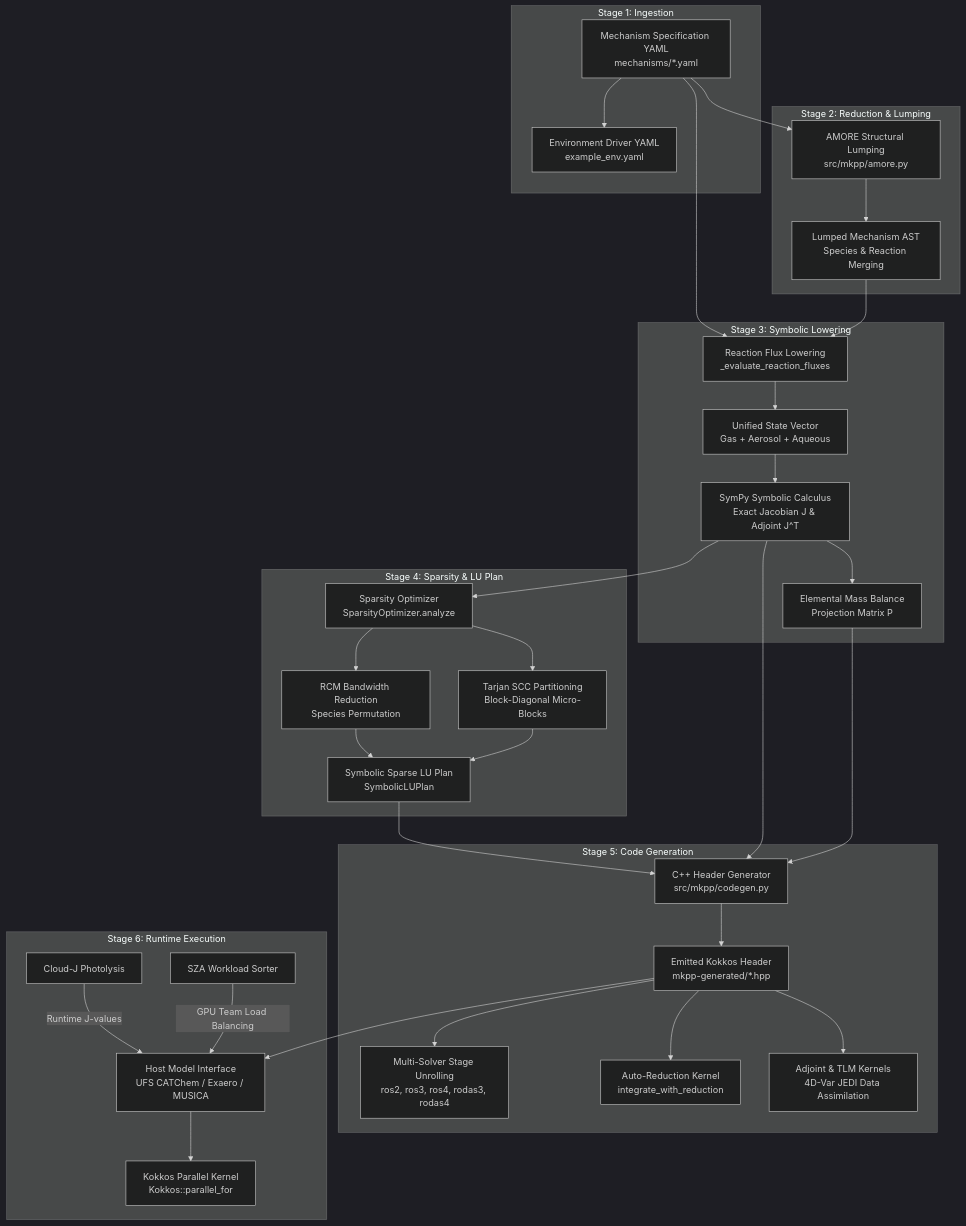
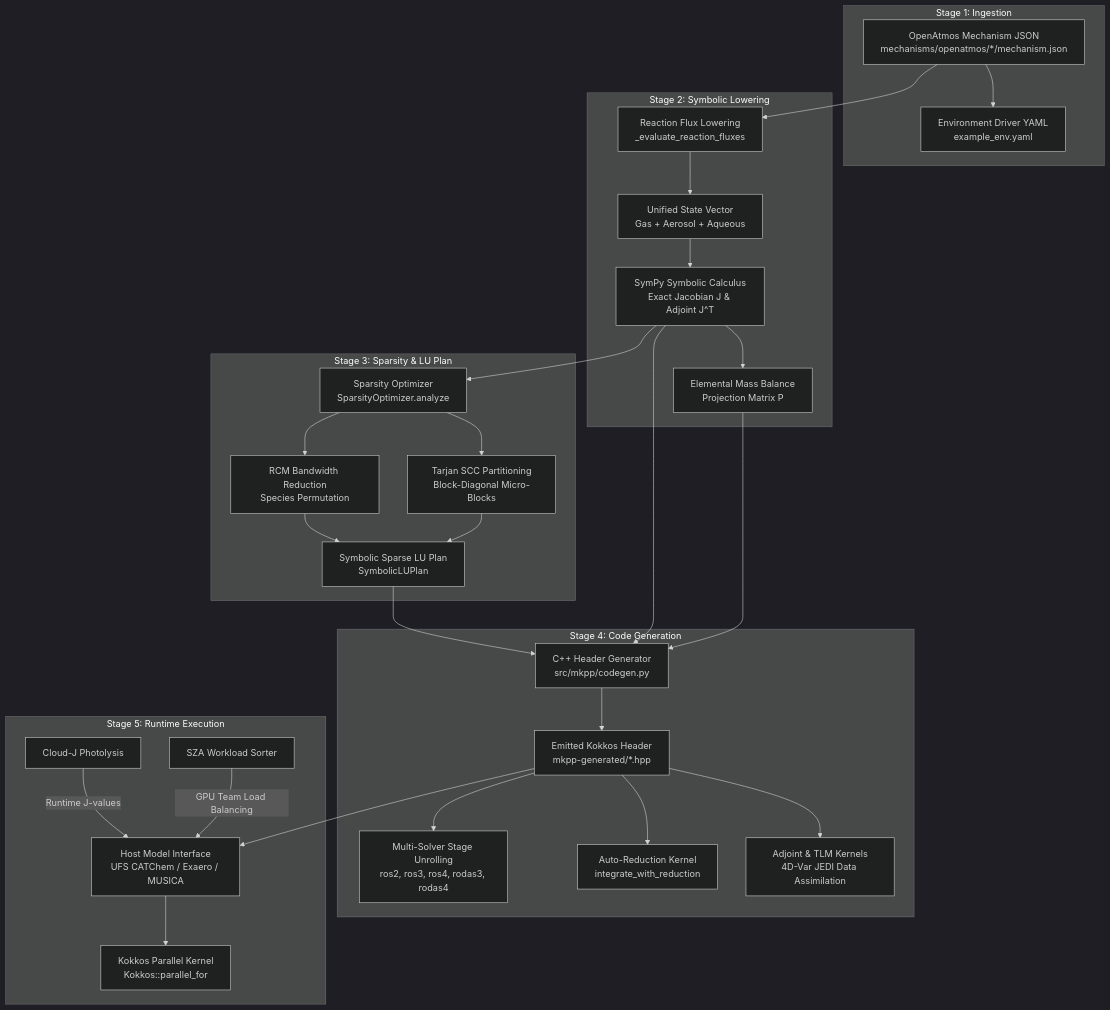
Before and after one commit to bbakernoaa/MKPP: the diagram in docs/explanation/mkpp-end-to-end-architecture.md, drawn with Mermaid (dark theme). The commit also changed other lines of this file and 340 other files, not shown here.

````diff
--- a/docs/explanation/mkpp-end-to-end-architecture.md
+++ b/docs/explanation/mkpp-end-to-end-architecture.md
@@ -24,40 +24,35 @@
 ```mermaid
 flowchart TD
     subgraph Stage 1: Ingestion
-        A[Mechanism Specification YAML\nmechanisms/*.yaml] --> B[Environment Driver YAML\nexample_env.yaml]
+        A[OpenAtmos Mechanism JSON\nmechanisms/openatmos/*/mechanism.json] --> B[Environment Driver YAML\nexample_env.yaml]
     end
 
-    subgraph Stage 2: Reduction & Lumping
-        A --> C[AMORE Structural Lumping\nsrc/mkpp/amore.py]
-        C --> D[Lumped Mechanism AST\nSpecies & Reaction Merging]
-    end
-
-    subgraph Stage 3: Symbolic Lowering
-        A & D --> E[Reaction Flux Lowering\n_evaluate_reaction_fluxes]
+    subgraph Stage 2: Symbolic Lowering
+        A --> E[Reaction Flux Lowering\n_evaluate_reaction_fluxes]
         E --> F[Unified State Vector\nGas + Aerosol + Aqueous]
         F --> G[SymPy Symbolic Calculus\nExact Jacobian J & Adjoint J^T]
         G --> H[Elemental Mass Balance\nProjection Matrix P]
     end
 
-    subgraph Stage 4: Sparsity & LU Plan
+    subgraph Stage 3: Sparsity & LU Plan
         G --> I[Sparsity Optimizer\nSparsityOptimizer.analyze]
         I --> J[RCM Bandwidth Reduction\nSpecies Permutation]
         I --> K[Tarjan SCC Partitioning\nBlock-Diagonal Micro-Blocks]
         J & K --> L[Symbolic Sparse LU Plan\nSymbolicLUPlan]
     end
 
-    subgraph Stage 5: Code Generation
+    subgraph Stage 4: Code Generation
         L & G & H --> M[C++ Header Generator\nsrc/mkpp/codegen.py]
         M --> N[Emitted Kokkos Header\nmkpp-generated/*.hpp]
         N --> O[Multi-Solver Stage Unrolling\nros2, ros3, ros4, rodas3, rodas4]
         N --> P[Auto-Reduction Kernel\nintegrate_with_reduction]
         N --> Q[Adjoint & TLM Kernels\n4D-Var JEDI Data Assimilation]
     end
 
-    subgraph Stage 6: Runtime Execution
+    subgraph Stage 5: Runtime Execution
         N --> R[Host Model Interface\nUFS CATChem / Exaero / MUSICA]
         S[Cloud-J Photolysis] -->|Runtime J-values| R
         T[SZA Workload Sorter] -->|GPU Team Load Balancing| R
         R --> U[Kokkos Parallel Kernel\nKokkos::parallel_for]
     end
 ```
````
